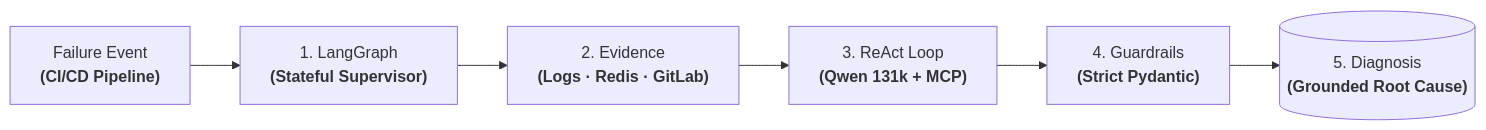
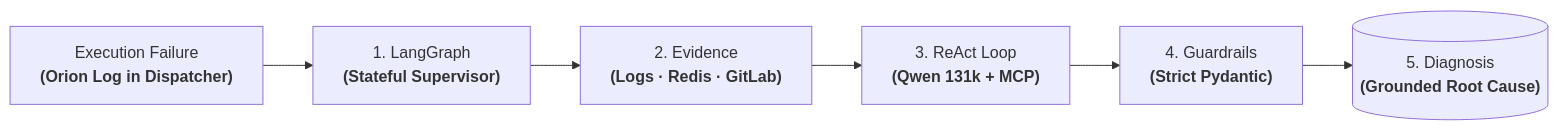
Before and after one commit to oredondo/oredondo.github.io: the diagram in docs/projects/orion-ai.md, drawn with Mermaid. The commit also changed other lines of this file and 3 other files, not shown here.

Commit message:
fix(orion-ai): clarify failure event input as Orion execution log in Dispatcher

````diff
--- a/docs/projects/orion-ai.md
+++ b/docs/projects/orion-ai.md
@@ -37,8 +37,8 @@
 ```mermaid
 flowchart LR
-    Fail["Failure Event<br/><b>(CI/CD Pipeline)</b>"] --> Sup["1. LangGraph<br/><b>(Stateful Supervisor)</b>"]
+    Fail["Execution Failure<br/><b>(Orion Log in Dispatcher)</b>"] --> Sup["1. LangGraph<br/><b>(Stateful Supervisor)</b>"]
     Sup --> Evid["2. Evidence<br/><b>(Logs · Redis · GitLab)</b>"]
     Evid --> ReAct["3. ReAct Loop<br/><b>(Qwen 131k + MCP)</b>"]
     ReAct --> Guard["4. Guardrails<br/><b>(Strict Pydantic)</b>"]
     Guard --> Report[("5. Diagnosis<br/><b>(Grounded Root Cause)</b>")]
 ```
````
